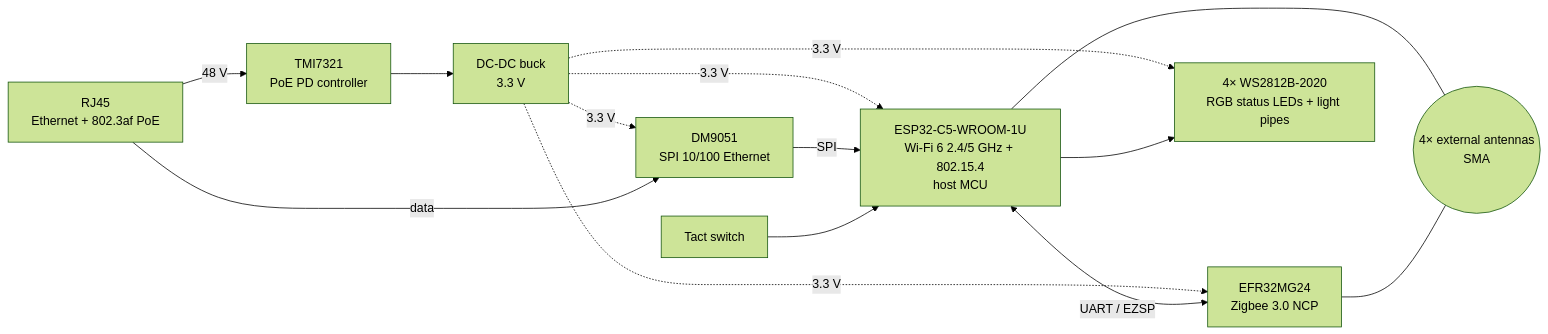
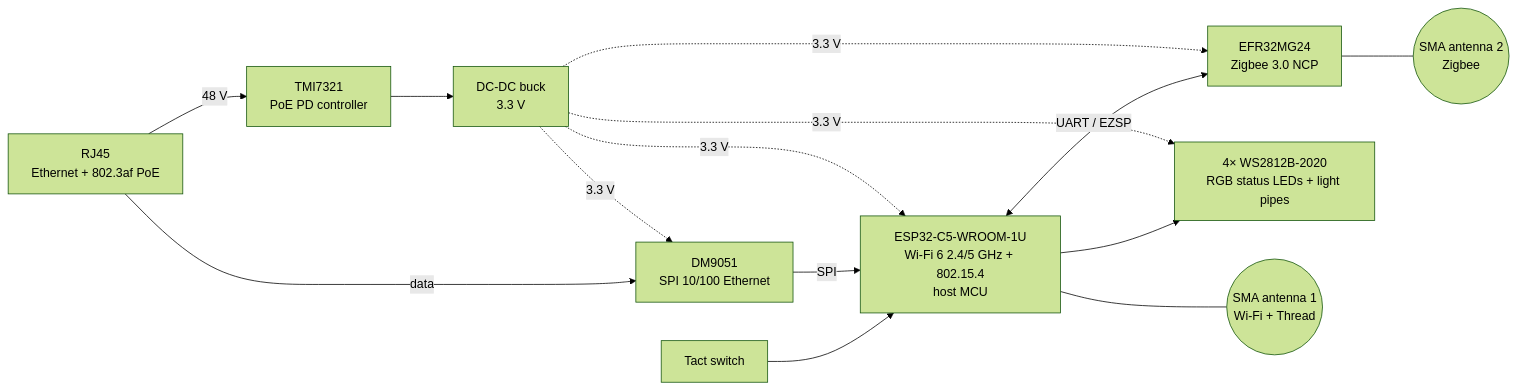
One commit to bitEngineTech/bitengine-hub-hardware changed the diagram in README.md. Above: the diagram before and after it, drawn with Mermaid (forest theme). The commit also changed other lines of this file, not shown here.

Commit message:
Fix antenna count: two external SMA antennas, one per radio

````diff
--- a/README.md
+++ b/README.md
@@ -15,21 +15,22 @@
 ```mermaid
 flowchart LR
     RJ45[RJ45<br/>Ethernet + 802.3af PoE]
     PD[TMI7321<br/>PoE PD controller]
     BUCK[DC-DC buck<br/>3.3 V]
     ETH[DM9051<br/>SPI 10/100 Ethernet]
     C5[ESP32-C5-WROOM-1U<br/>Wi-Fi 6 2.4/5 GHz + 802.15.4<br/>host MCU]
     MG24[EFR32MG24<br/>Zigbee 3.0 NCP]
     LED[4× WS2812B-2020<br/>RGB status LEDs + light pipes]
     BTN[Tact switch]
-    ANT((4× external antennas<br/>SMA))
+    ANT1((SMA antenna 1<br/>Wi-Fi + Thread))
+    ANT2((SMA antenna 2<br/>Zigbee))
 
     RJ45 -- "48 V" --> PD --> BUCK
     BUCK -. "3.3 V" .-> C5 & MG24 & ETH & LED
     RJ45 -- "data" --> ETH -- "SPI" --> C5
     C5 <-- "UART / EZSP" --> MG24
     C5 --> LED
     BTN --> C5
-    C5 --- ANT
-    MG24 --- ANT
+    C5 --- ANT1
+    MG24 --- ANT2
 ```
````
